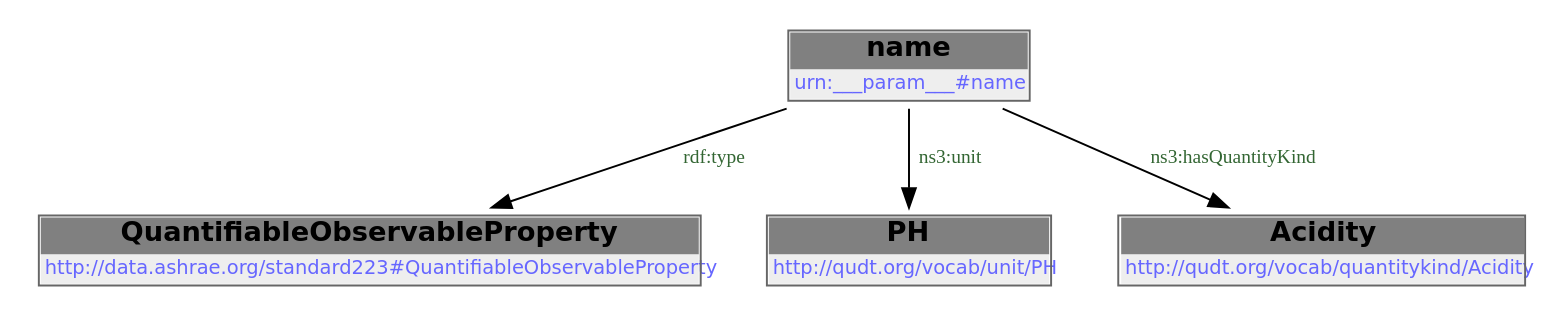
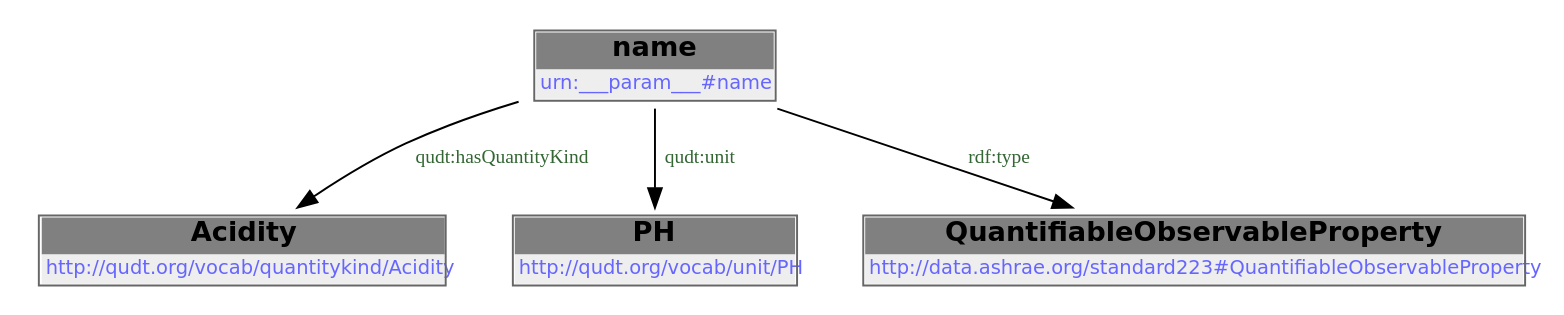
Before and after one commit to DataDrivenCPS/water-ontology: the diagram in docs/libraries/templates/ph.rst, drawn with Graphviz. The commit also changed other lines of this file and 83 other files, not shown here.

```diff
--- a/docs/libraries/templates/ph.rst
+++ b/docs/libraries/templates/ph.rst
@@ -58,12 +53,16 @@
-        .. graphviz::
+.. graphviz::
 
-                digraph G {
-            node [fontname="DejaVu Sans"];
-            node0 -> node1 [color=BLACK, label=< <font point-size='10' color='#336633'>rdf:type</font> >];
-            node0 -> node2 [color=BLACK, label=< <font point-size='10' color='#336633'>ns3:unit</font> >];
-            node0 -> node3 [color=BLACK, label=< <font point-size='10' color='#336633'>ns3:hasQuantityKind</font> >];
-            node0 [shape=none, color=black, label=< <table color='#666666' cellborder='0' cellspacing='0' border='1'><tr><td colspan='2' bgcolor='grey'><B>name</B></td></tr><tr><td href='urn:___param___#name' bgcolor='#eeeeee' colspan='2'><font point-size='10' color='#6666ff'>urn:___param___#name</font></td></tr></table> >];
-            node1 [shape=none, color=black, label=< <table color='#666666' cellborder='0' cellspacing='0' border='1'><tr><td colspan='2' bgcolor='grey'><B>QuantifiableObservableProperty</B></td></tr><tr><td href='http://data.ashrae.org/standard223#QuantifiableObservableProperty' bgcolor='#eeeeee' colspan='2'><font point-size='10' color='#6666ff'>http://data.ashrae.org/standard223#QuantifiableObservableProperty</font></td></tr></table> >];
-            node2 [shape=none, color=black, label=< <table color='#666666' cellborder='0' cellspacing='0' border='1'><tr><td colspan='2' bgcolor='grey'><B>PH</B></td></tr><tr><td href='http://qudt.org/vocab/unit/PH' bgcolor='#eeeeee' colspan='2'><font point-size='10' color='#6666ff'>http://qudt.org/vocab/unit/PH</font></td></tr></table> >];
-            node3 [shape=none, color=black, label=< <table color='#666666' cellborder='0' cellspacing='0' border='1'><tr><td colspan='2' bgcolor='grey'><B>Acidity</B></td></tr><tr><td href='http://qudt.org/vocab/quantitykind/Acidity' bgcolor='#eeeeee' colspan='2'><font point-size='10' color='#6666ff'>http://qudt.org/vocab/quantitykind/Acidity</font></td></tr></table> >];
-            }
+    digraph {
+     node [ fontname="DejaVu Sans" ] ;
+        node0 -> node1 [ color=BLACK, label=< <font point-size='10' color='#336633'>qudt:hasQuantityKind</font> > ] ;
+        node0 -> node2 [ color=BLACK, label=< <font point-size='10' color='#336633'>qudt:unit</font> > ] ;
+        node0 -> node3 [ color=BLACK, label=< <font point-size='10' color='#336633'>rdf:type</font> > ] ;
+    # urn:___param___#name node0
+    node0 [ shape=none, color=black label=< <table color='#666666' cellborder='0' cellspacing='0' border='1'><tr><td colspan='2' bgcolor='grey'><B>name</B></td></tr><tr><td href='urn:___param___#name' bgcolor='#eeeeee' colspan='2'><font point-size='10' color='#6666ff'>urn:___param___#name</font></td></tr></table> > ]
+    # http://qudt.org/vocab/quantitykind/Acidity node1
+    node1 [ shape=none, color=black label=< <table color='#666666' cellborder='0' cellspacing='0' border='1'><tr><td colspan='2' bgcolor='grey'><B>Acidity</B></td></tr><tr><td href='http://qudt.org/vocab/quantitykind/Acidity' bgcolor='#eeeeee' colspan='2'><font point-size='10' color='#6666ff'>http://qudt.org/vocab/quantitykind/Acidity</font></td></tr></table> > ]
+    # http://qudt.org/vocab/unit/PH node2
+    node2 [ shape=none, color=black label=< <table color='#666666' cellborder='0' cellspacing='0' border='1'><tr><td colspan='2' bgcolor='grey'><B>PH</B></td></tr><tr><td href='http://qudt.org/vocab/unit/PH' bgcolor='#eeeeee' colspan='2'><font point-size='10' color='#6666ff'>http://qudt.org/vocab/unit/PH</font></td></tr></table> > ]
+    # http://data.ashrae.org/standard223#QuantifiableObservableProperty node3
+    node3 [ shape=none, color=black label=< <table color='#666666' cellborder='0' cellspacing='0' border='1'><tr><td colspan='2' bgcolor='grey'><B>QuantifiableObservableProperty</B></td></tr><tr><td href='http://data.ashrae.org/standard223#QuantifiableObservableProperty' bgcolor='#eeeeee' colspan='2'><font point-size='10' color='#6666ff'>http://data.ashrae.org/standard223#QuantifiableObservableProperty</font></td></tr></table> > ]
+    }
```
